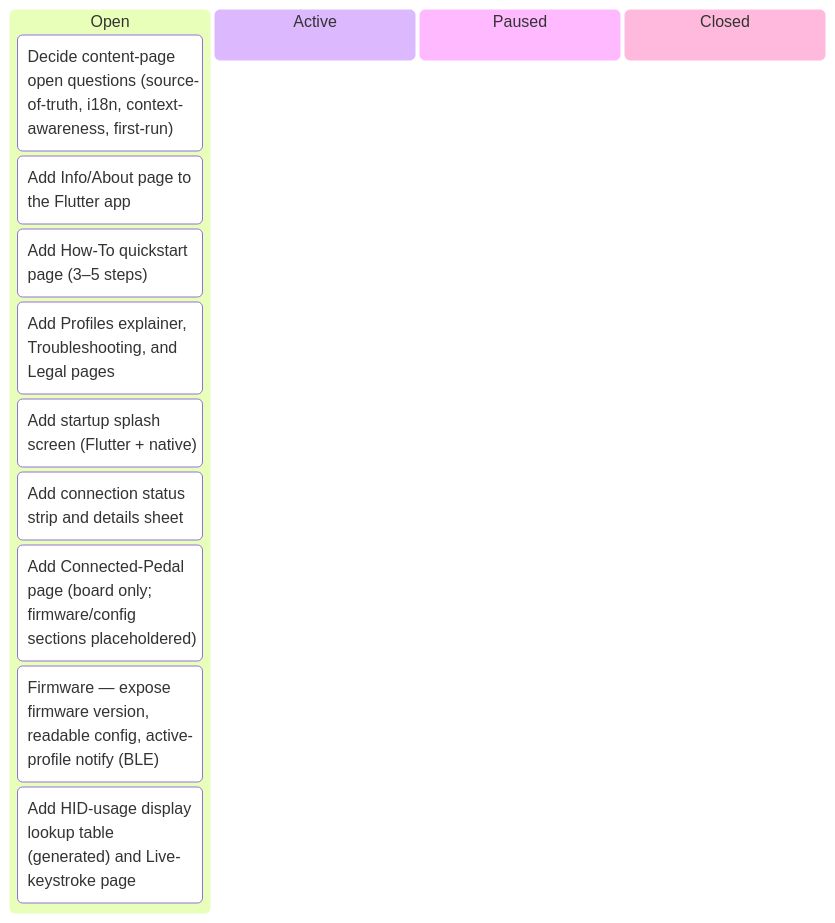
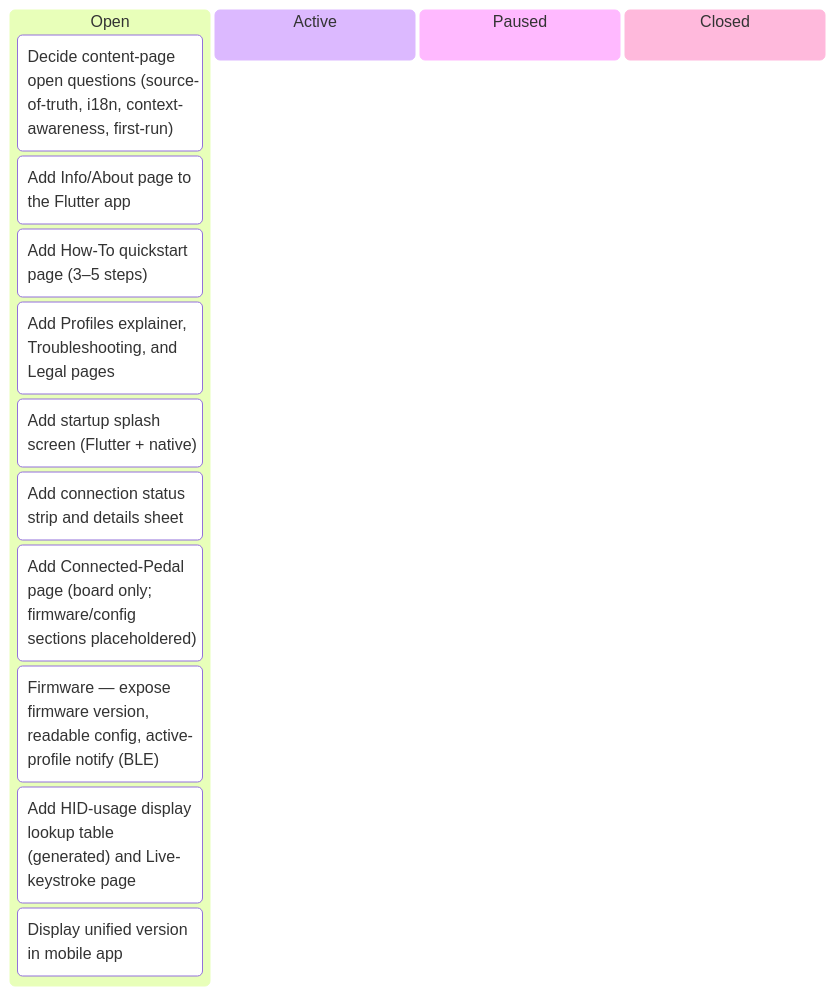
Before and after one commit to tgd1975/AwesomeStudioPedal: the first of 7 diagrams in docs/developers/tasks/KANBAN.md, drawn with Mermaid. The commit also changed other lines of this file and 7 other files, not shown here.

````diff
--- a/docs/developers/tasks/KANBAN.md
+++ b/docs/developers/tasks/KANBAN.md
@@ -11,16 +11,17 @@
 ```mermaid
 kanban
   Open
     TASK_330["Decide content-page open questions (source-of-truth, i18n, context-awareness, first-run)"]
     TASK_331["Add Info/About page to the Flutter app"]
     TASK_332["Add How-To quickstart page (3–5 steps)"]
     TASK_333["Add Profiles explainer, Troubleshooting, and Legal pages"]
     TASK_334["Add startup splash screen (Flutter + native)"]
     TASK_335["Add connection status strip and details sheet"]
     TASK_336["Add Connected-Pedal page (board only; firmware/config sections placeholdered)"]
     TASK_337["Firmware — expose firmware version, readable config, active-profile notify (BLE)"]
     TASK_338["Add HID-usage display lookup table (generated) and Live-keystroke page"]
+    TASK_349["Display unified version in mobile app"]
   Active
   Paused
   Closed
 ```
````
